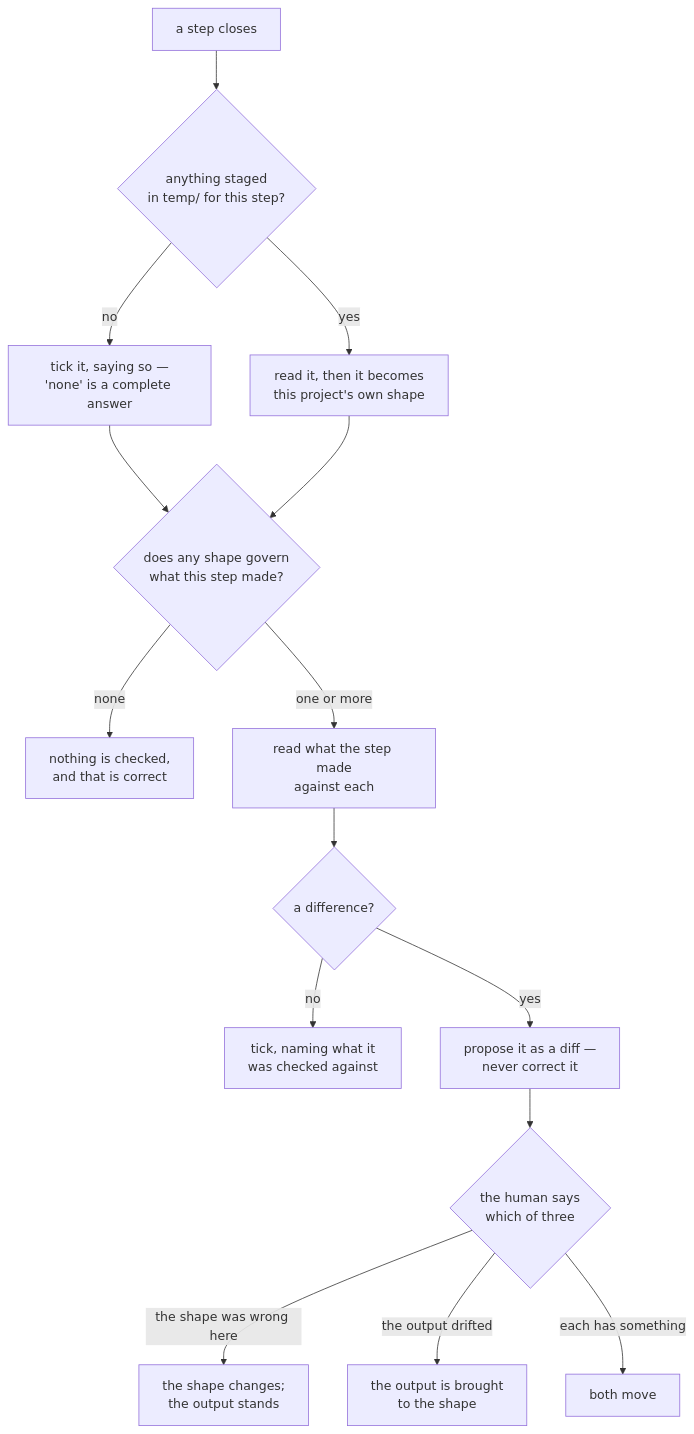
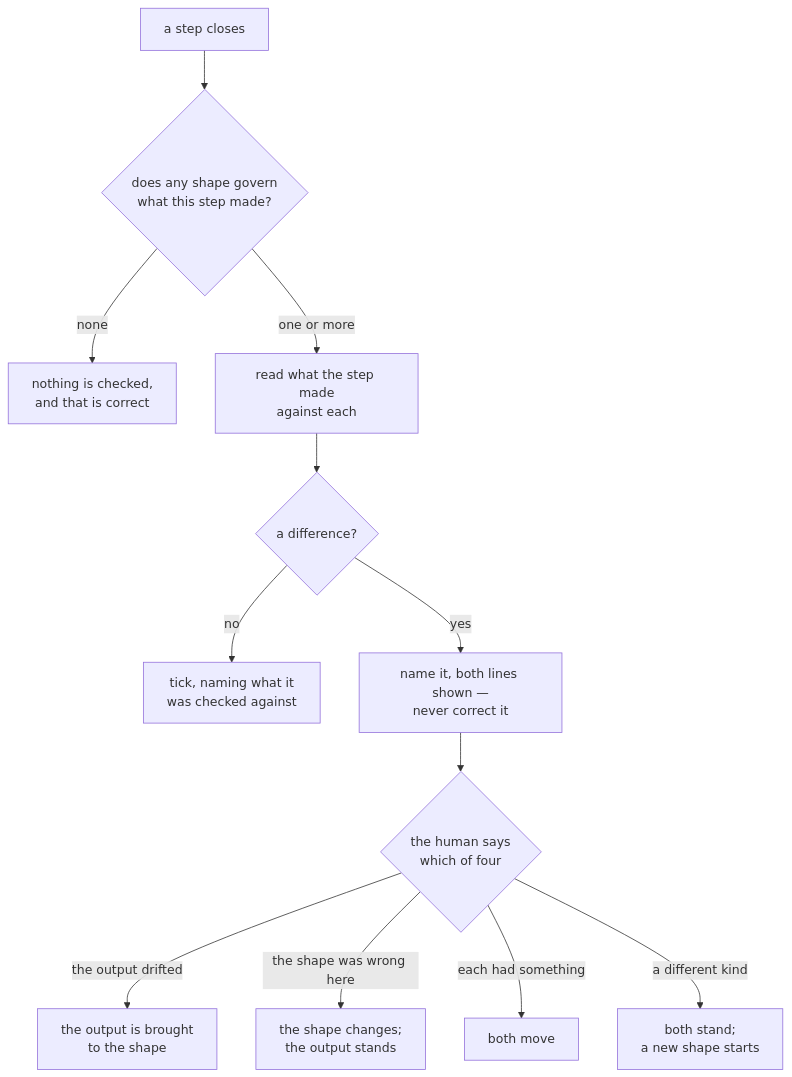
The second of 2 diagrams in docs/conventions/shapes/README.md (edgaras87/correctness-by-construction), drawn with Mermaid before and after one commit. The commit also changed other lines of this file and 3 other files, not shown here.

First line of the commit message:
docs: a shape is read at the gate, nowhere else

````diff
--- a/docs/conventions/shapes/README.md
+++ b/docs/conventions/shapes/README.md
@@ -293,17 +248,14 @@
 ```mermaid
 flowchart TB
-  CLOSE["a step closes"] --> TMP{"anything staged<br/>in temp/ for this step?"}
-  TMP -->|no| TICK1["tick it, saying so —<br/>'none' is a complete answer"]
-  TMP -->|yes| MOVE["read it, then it becomes<br/>this project's own shape"]
-  TICK1 --> GOV
-  MOVE --> GOV{"does any shape govern<br/>what this step made?"}
+  CLOSE["a step closes"] --> GOV{"does any shape govern<br/>what this step made?"}
   GOV -->|none| NONE["nothing is checked,<br/>and that is correct"]
   GOV -->|one or more| READ["read what the step made<br/>against each"]
   READ --> DIFF{"a difference?"}
-  DIFF -->|no| TICK2["tick, naming what it<br/>was checked against"]
-  DIFF -->|yes| PROP["propose it as a diff —<br/>never correct it"]
-  PROP --> WHO{"the human says<br/>which of three"}
-  WHO -->|"the shape was wrong here"| A["the shape changes;<br/>the output stands"]
-  WHO -->|"the output drifted"| B["the output is brought<br/>to the shape"]
-  WHO -->|"each has something"| C["both move"]
+  DIFF -->|no| TICK["tick, naming what it<br/>was checked against"]
+  DIFF -->|yes| PROP["name it, both lines shown —<br/>never correct it"]
+  PROP --> WHO{"the human says<br/>which of four"}
+  WHO -->|"the output drifted"| A["the output is brought<br/>to the shape"]
+  WHO -->|"the shape was wrong here"| B["the shape changes;<br/>the output stands"]
+  WHO -->|"each had something"| C["both move"]
+  WHO -->|"a different kind"| D["both stand;<br/>a new shape starts"]
 ```
````
